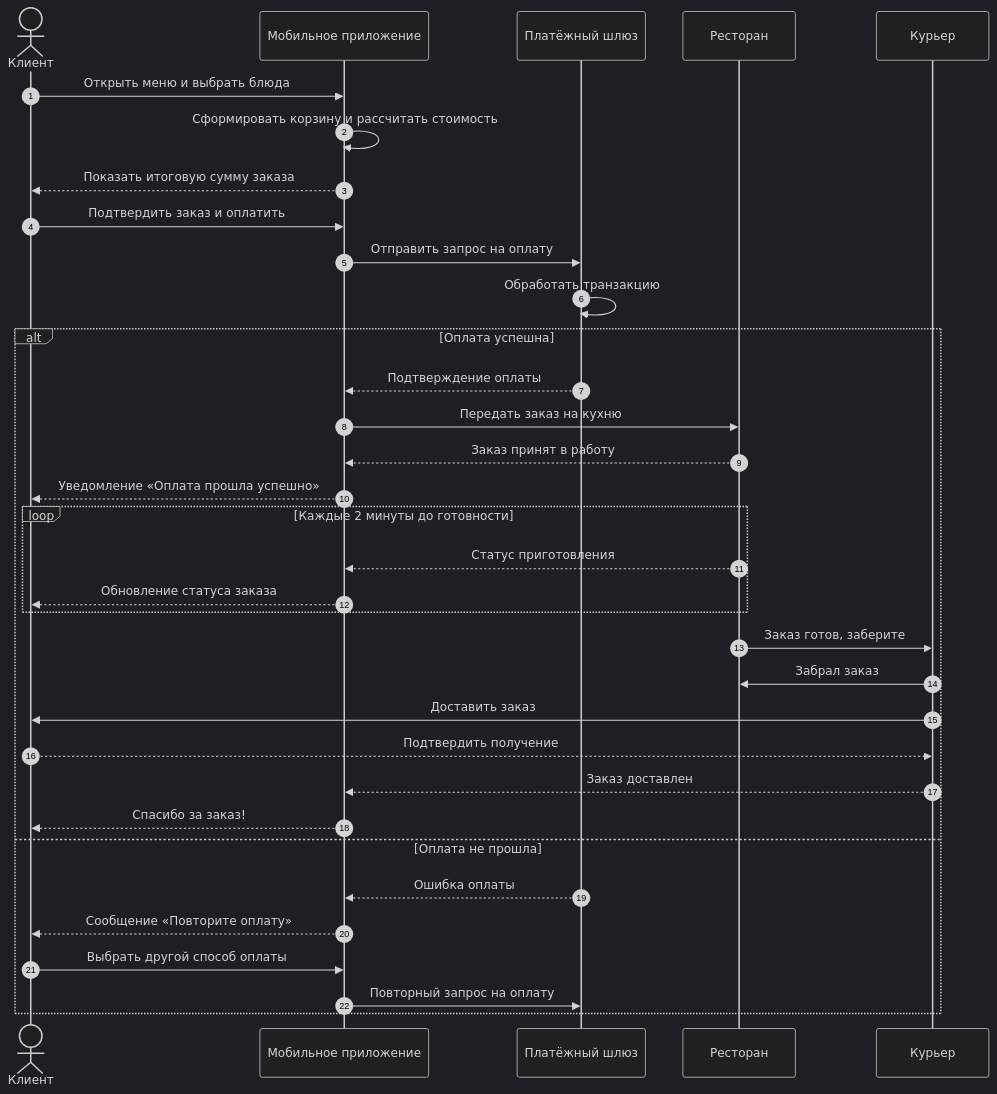
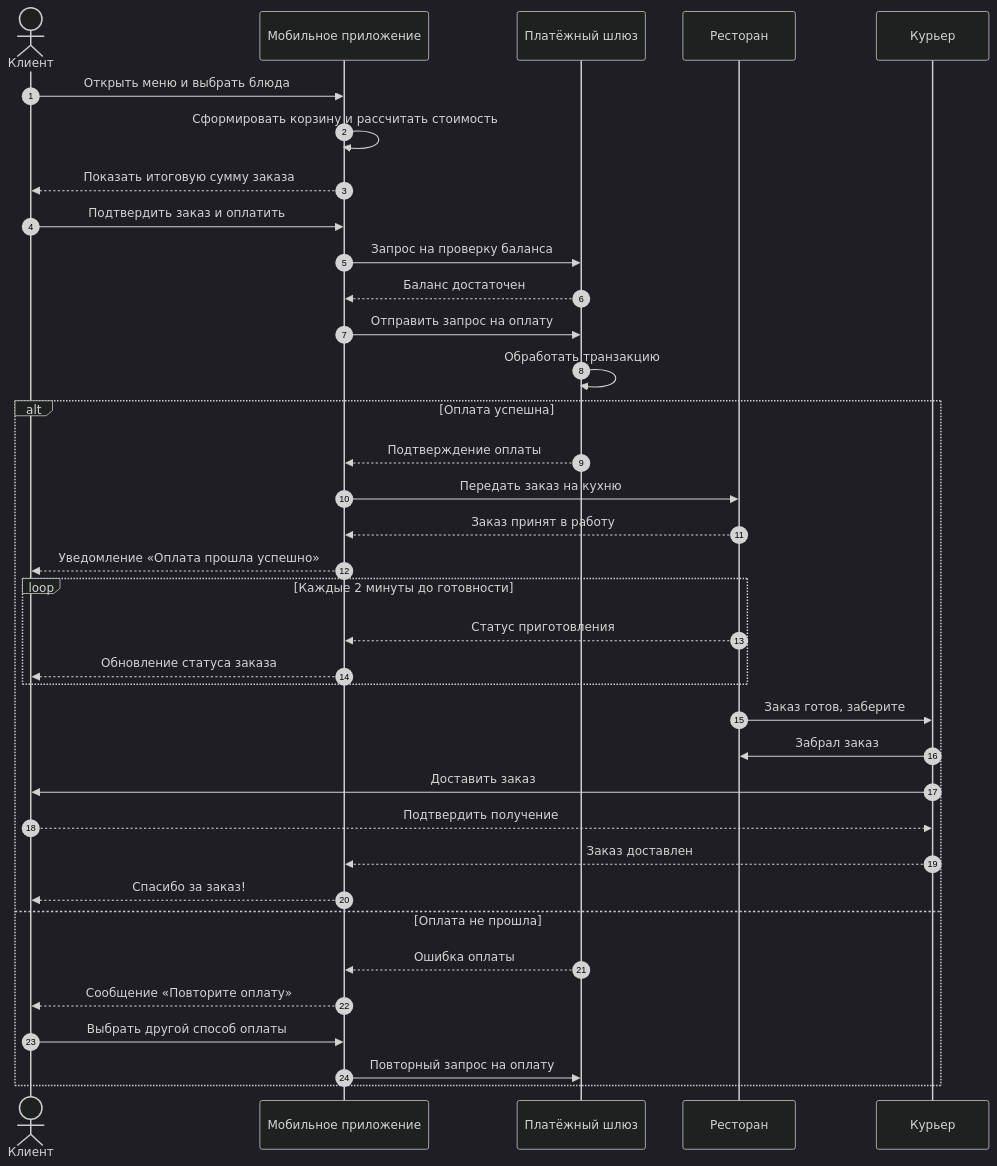
The diagram in lab1/docs/sequence.md (paykxsss/visual-programming-labs-Nosko), drawn with Mermaid (dark theme) before and after one commit. The commit also changed 1 other file, not shown here.

Commit message:
Update Mermaid: add minimum order and balance check

````diff
--- a/lab1/docs/sequence.md
+++ b/lab1/docs/sequence.md
@@ -5,41 +5,43 @@
 ```mermaid
 sequenceDiagram
     autonumber
     actor Клиент
     participant Приложение as Мобильное приложение
     participant Шлюз as Платёжный шлюз
     participant Ресторан
     participant Курьер
 
     Клиент->>Приложение: Открыть меню и выбрать блюда
     Приложение->>Приложение: Сформировать корзину и рассчитать стоимость
     Приложение-->>Клиент: Показать итоговую сумму заказа
 
     Клиент->>Приложение: Подтвердить заказ и оплатить
+    Приложение->>Шлюз: Запрос на проверку баланса
+    Шлюз-->>Приложение: Баланс достаточен
     Приложение->>Шлюз: Отправить запрос на оплату
     Шлюз->>Шлюз: Обработать транзакцию
 
     alt Оплата успешна
         Шлюз-->>Приложение: Подтверждение оплаты
         Приложение->>Ресторан: Передать заказ на кухню
         Ресторан-->>Приложение: Заказ принят в работу
         Приложение-->>Клиент: Уведомление «Оплата прошла успешно»
 
         loop Каждые 2 минуты до готовности
             Ресторан-->>Приложение: Статус приготовления
             Приложение-->>Клиент: Обновление статуса заказа
         end
 
         Ресторан->>Курьер: Заказ готов, заберите
         Курьер->>Ресторан: Забрал заказ
         Курьер->>Клиент: Доставить заказ
         Клиент-->>Курьер: Подтвердить получение
         Курьер-->>Приложение: Заказ доставлен
         Приложение-->>Клиент: Спасибо за заказ!
     else Оплата не прошла
         Шлюз-->>Приложение: Ошибка оплаты
         Приложение-->>Клиент: Сообщение «Повторите оплату»
         Клиент->>Приложение: Выбрать другой способ оплаты
         Приложение->>Шлюз: Повторный запрос на оплату
     end
 ```
````
